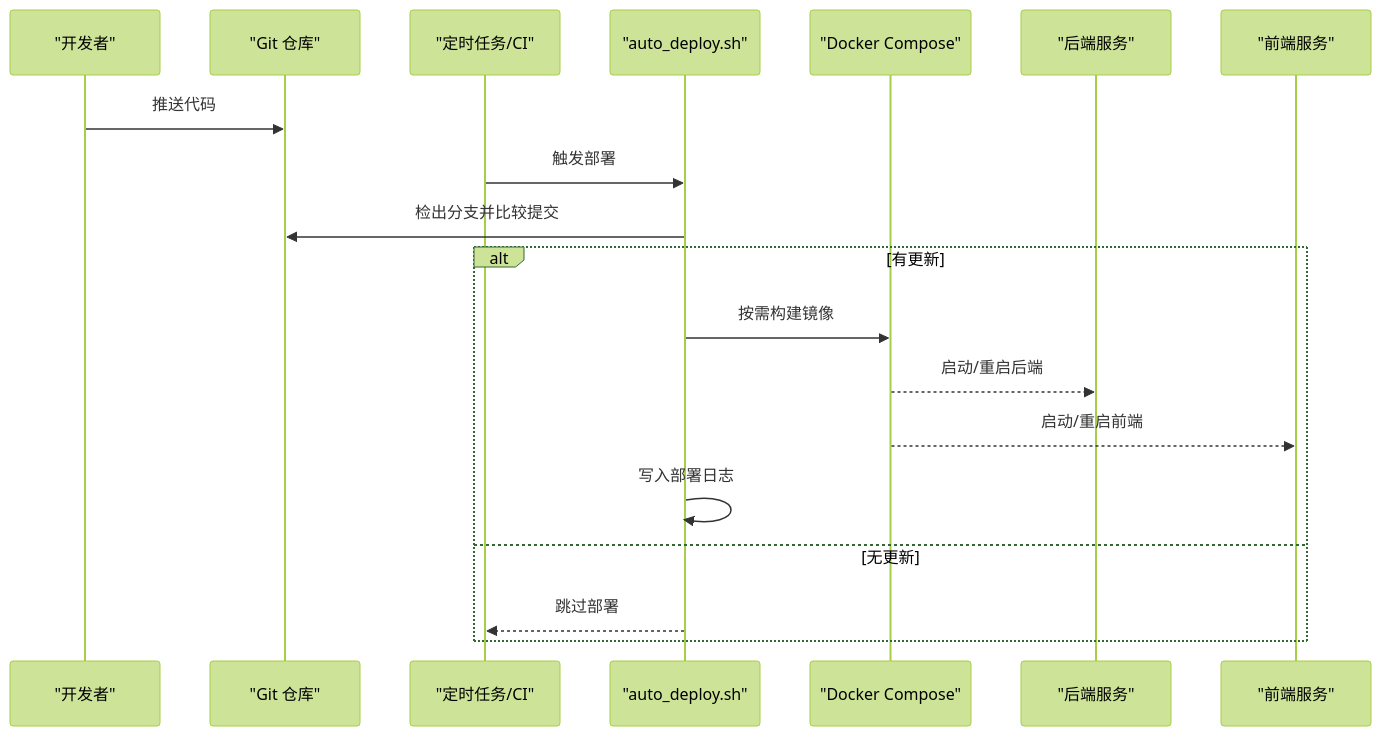
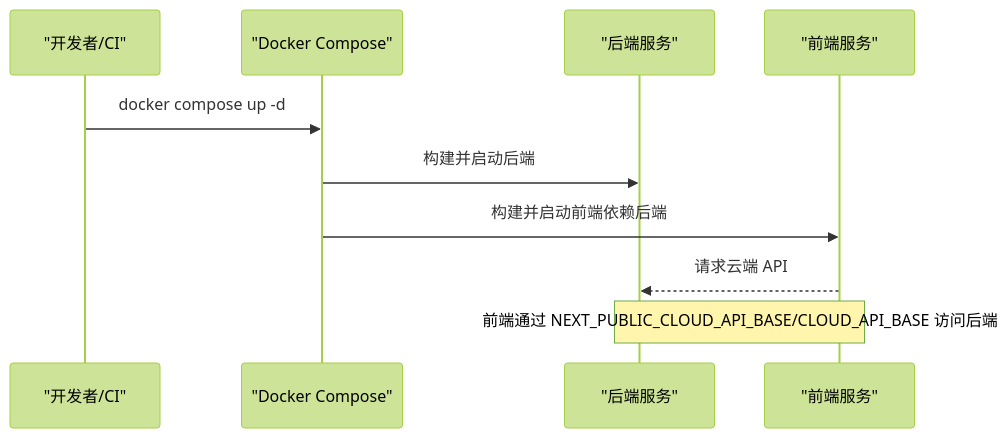
Before and after one commit to alvinwangzi/goodhr: the fourth of 9 diagrams in .qoder/repowiki/zh/content/部署指南/生产环境部署/自动化部署流程.md, drawn with Mermaid (forest theme). The commit also changed other lines of this file and 149 other files, not shown here.

````diff
--- a/.qoder/repowiki/zh/content/部署指南/生产环境部署/自动化部署流程.md
+++ b/.qoder/repowiki/zh/content/部署指南/生产环境部署/自动化部署流程.md
@@ -101,21 +146,12 @@
 ```mermaid
 sequenceDiagram
-participant Dev as "开发者"
-participant Git as "Git 仓库"
-participant Cron as "定时任务/CI"
-participant Script as "auto_deploy.sh"
+participant Dev as "开发者/CI"
 participant Compose as "Docker Compose"
 participant BE as "后端服务"
 participant FE as "前端服务"
-Dev->>Git : 推送代码
-Cron->>Script : 触发部署
-Script->>Git : 检出分支并比较提交
-alt 有更新
-Script->>Compose : 按需构建镜像
-Compose-->>BE : 启动/重启后端
-Compose-->>FE : 启动/重启前端
-Script->>Script : 写入部署日志
-else 无更新
-Script-->>Cron : 跳过部署
-end
+Dev->>Compose : docker compose up -d
+Compose->>BE : 构建并启动后端
+Compose->>FE : 构建并启动前端依赖后端
+FE-->>BE : 请求云端 API
+Note over FE,BE : 前端通过 NEXT_PUBLIC_CLOUD_API_BASE/CLOUD_API_BASE 访问后端
 ```
````
